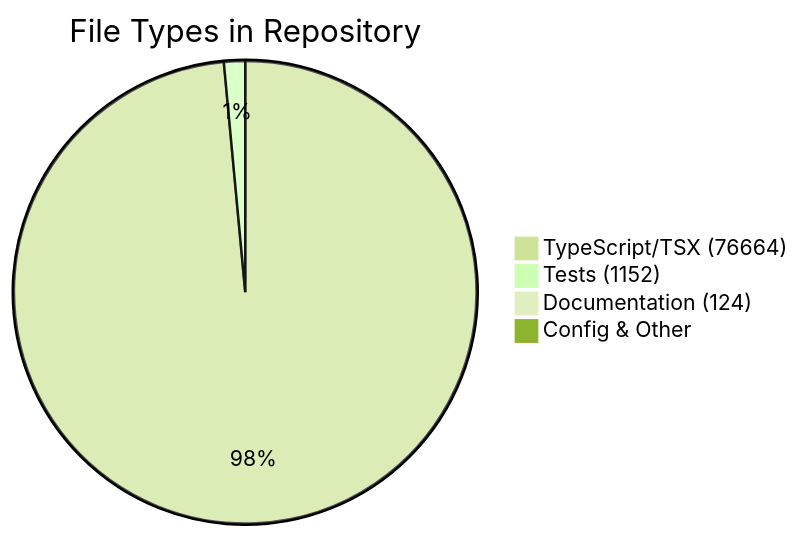
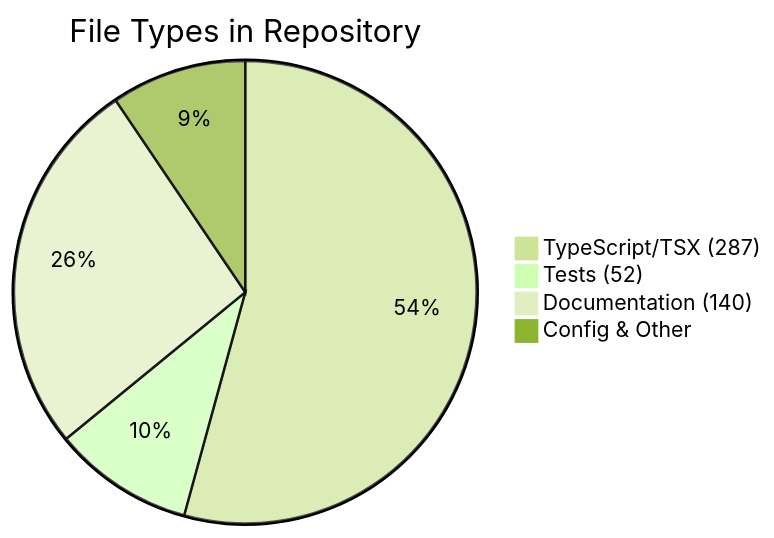
Before and after one commit to peteywee/fresh-root: the diagram in docs/visuals/FILE_DISTRIBUTION.md, drawn with Mermaid (forest theme). The commit also changed other lines of this file and 2 other files, not shown here.

Commit message:
chore(visuals): auto-update architecture and repo state diagrams
- Architecture: monorepo structure and dependencies

- Repo State: branch status and git history

- Dependency Health: vulnerability and peer dep analysis

- File Distribution: code metrics and organization

Generated by: automation/generate-visuals.yml

````diff
--- a/docs/visuals/FILE_DISTRIBUTION.md
+++ b/docs/visuals/FILE_DISTRIBUTION.md
@@ -3,7 +3,7 @@
 ```mermaid
 pie title File Types in Repository
-    "TypeScript/TSX (76664)" : 76664
-    "Tests (1152)" : 1152
-    "Documentation (124)" : 124
+    "TypeScript/TSX (287)" : 287
+    "Tests (52)" : 52
+    "Documentation (140)" : 140
     "Config & Other" : 50
 ```
````
